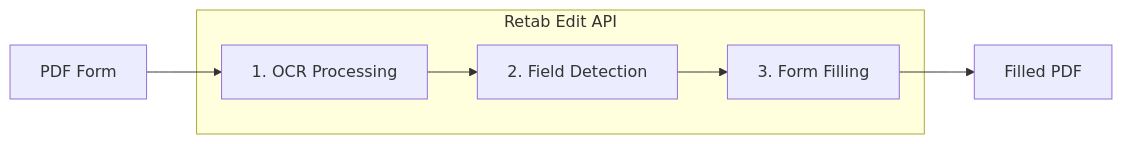
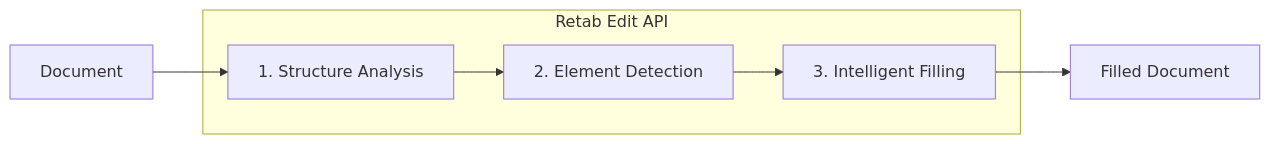
One commit to retab-dev/docs changed the diagram in core-concepts/Edit.mdx. Above: the diagram before and after it, drawn with Mermaid. The commit also changed other lines of this file, not shown here.

````diff
--- a/core-concepts/Edit.mdx
+++ b/core-concepts/Edit.mdx
@@ -18,11 +34,11 @@
 ```mermaid
 flowchart LR
-    A[PDF Form] --> B
+    A[Document] --> B
     
     subgraph Retab["Retab Edit API"]
-        B[1. OCR Processing] --> C[2. Field Detection]
-        C --> D[3. Form Filling]
+        B[1. Structure Analysis] --> C[2. Element Detection]
+        C --> D[3. Intelligent Filling]
     end
     
-    D --> E[Filled PDF]
+    D --> E[Filled Document]
 ```
````
